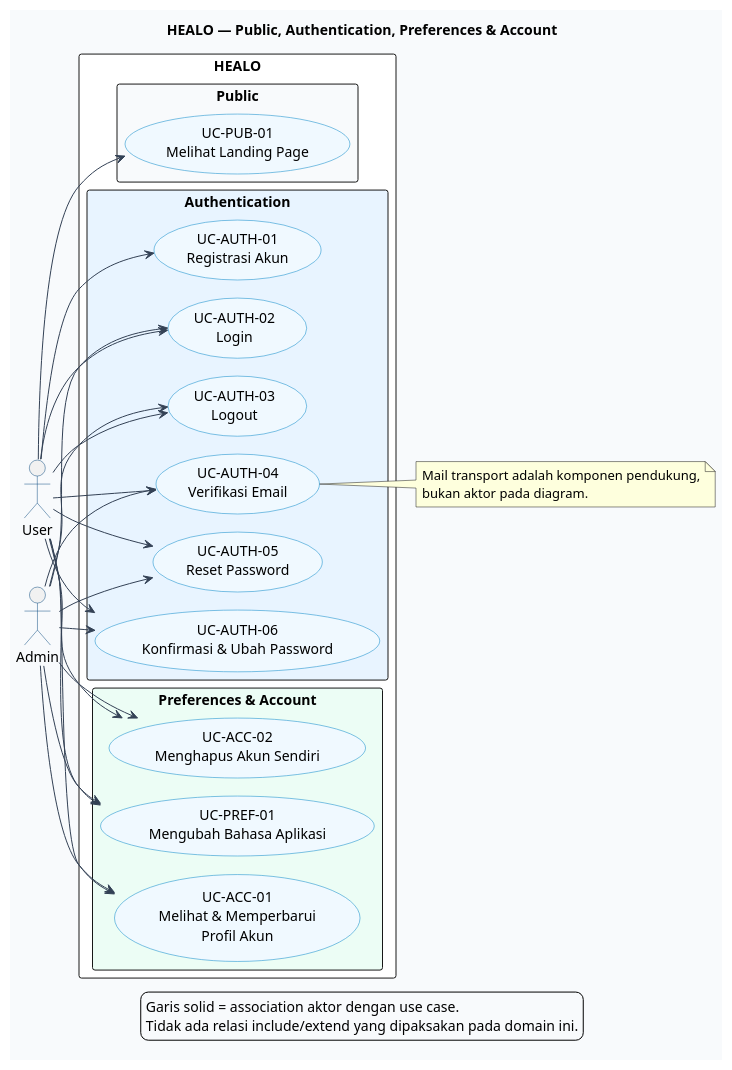
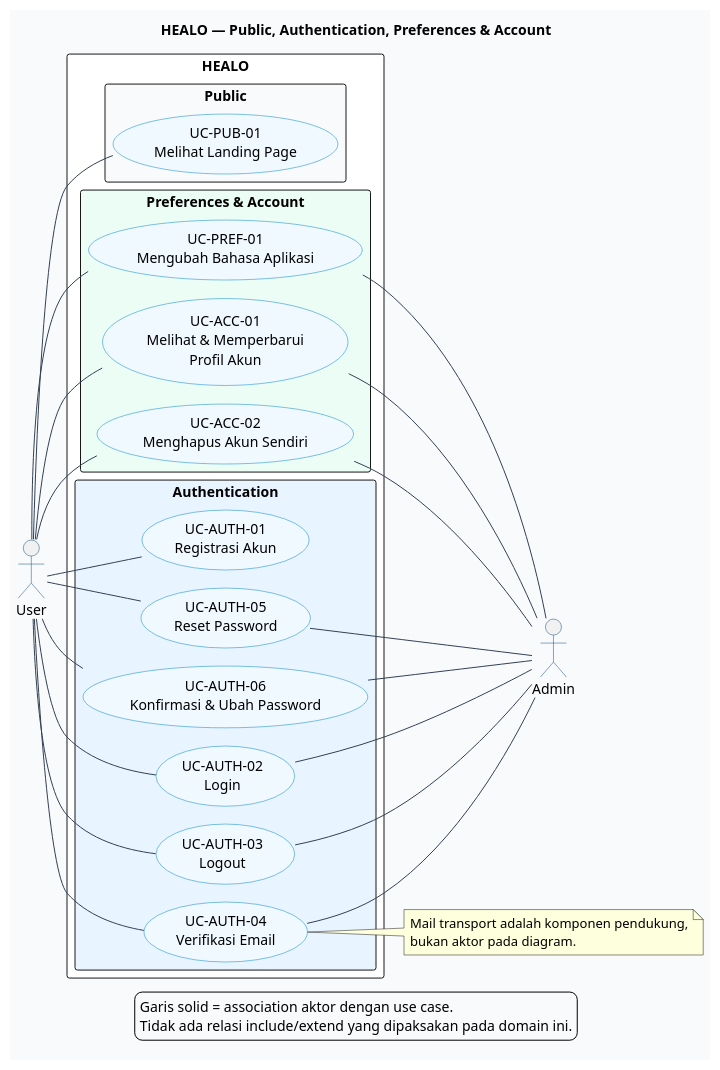
The diagram in docs/as-built/04-use-case-diagrams/src/01-public-auth-account.puml (Daffa-Qiao/Healo), drawn with PlantUML before and after one commit. The commit also changed 113 other files, not shown here.

```diff
--- a/docs/as-built/04-use-case-diagrams/src/01-public-auth-account.puml
+++ b/docs/as-built/04-use-case-diagrams/src/01-public-auth-account.puml
@@ -1,65 +1,65 @@
 @startuml
 !pragma layout smetana
 title HEALO — Public, Authentication, Preferences & Account
 left to right direction
 skinparam backgroundColor #F8FAFC
 skinparam shadowing false
 skinparam packageStyle rectangle
 skinparam defaultFontName Arial
 skinparam ArrowColor #334155
 skinparam ActorBorderColor #0F4C81
 skinparam UsecaseBorderColor #0284C7
 skinparam UsecaseBackgroundColor #F0F9FF
 
 actor User as USER
 actor Admin as ADMIN
 
 rectangle "HEALO" #FFFFFF {
   package "Public" #F8FAFC {
     usecase "UC-PUB-01\nMelihat Landing Page" as PUB01
   }
   package "Authentication" #E8F4FF {
     usecase "UC-AUTH-01\nRegistrasi Akun" as AUTH01
     usecase "UC-AUTH-02\nLogin" as AUTH02
     usecase "UC-AUTH-03\nLogout" as AUTH03
     usecase "UC-AUTH-04\nVerifikasi Email" as AUTH04
     usecase "UC-AUTH-05\nReset Password" as AUTH05
     usecase "UC-AUTH-06\nKonfirmasi & Ubah Password" as AUTH06
   }
   package "Preferences & Account" #ECFDF5 {
     usecase "UC-PREF-01\nMengubah Bahasa Aplikasi" as PREF01
     usecase "UC-ACC-01\nMelihat & Memperbarui\nProfil Akun" as ACC01
     usecase "UC-ACC-02\nMenghapus Akun Sendiri" as ACC02
   }
 }
 
-USER --> PUB01
-USER --> AUTH01
-USER --> AUTH02
-USER --> AUTH03
-USER --> AUTH04
-USER --> AUTH05
-USER --> AUTH06
-USER --> PREF01
-USER --> ACC01
-USER --> ACC02
+USER -- PUB01
+USER -- AUTH01
+USER -- AUTH02
+USER -- AUTH03
+USER -- AUTH04
+USER -- AUTH05
+USER -- AUTH06
+USER -- PREF01
+USER -- ACC01
+USER -- ACC02
 
-ADMIN --> AUTH02
-ADMIN --> AUTH03
-ADMIN --> AUTH04
-ADMIN --> AUTH05
-ADMIN --> AUTH06
-ADMIN --> PREF01
-ADMIN --> ACC01
-ADMIN --> ACC02
+AUTH02 -- ADMIN
+AUTH03 -- ADMIN
+AUTH04 -- ADMIN
+AUTH05 -- ADMIN
+AUTH06 -- ADMIN
+PREF01 -- ADMIN
+ACC01 -- ADMIN
+ACC02 -- ADMIN
 
 note right of AUTH04
   Mail transport adalah komponen pendukung,
   bukan aktor pada diagram.
 end note
 
 legend bottom
   Garis solid = association aktor dengan use case.
   Tidak ada relasi include/extend yang dipaksakan pada domain ini.
 endlegend
 @enduml
```
